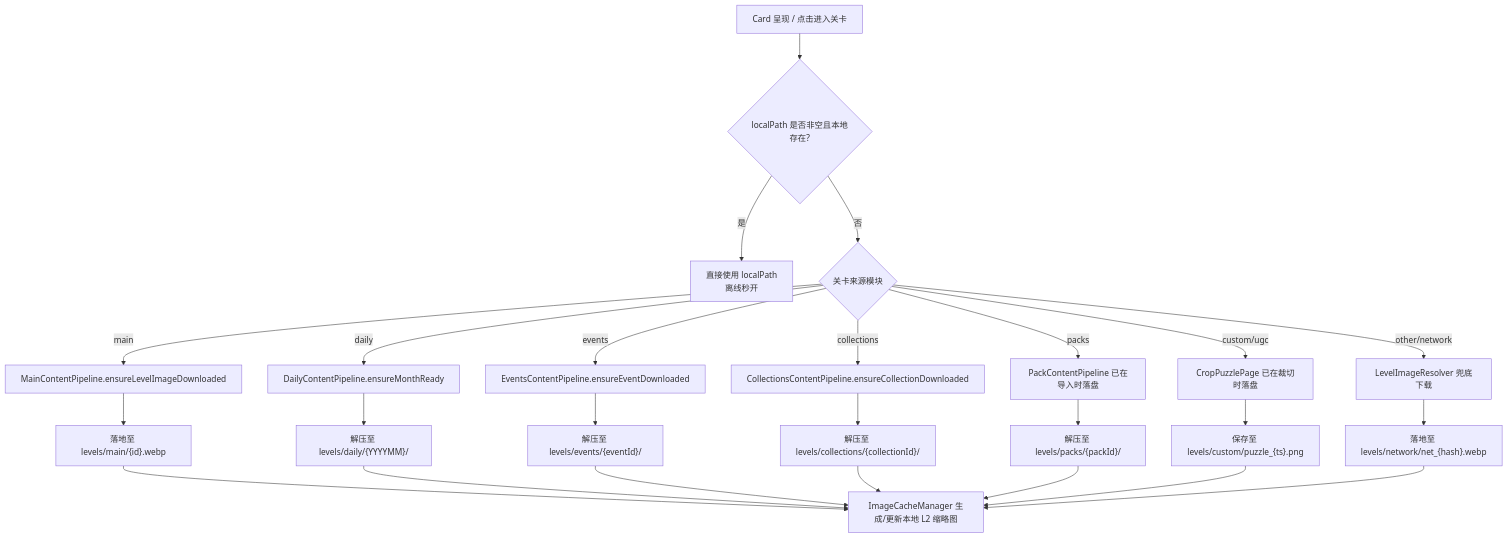
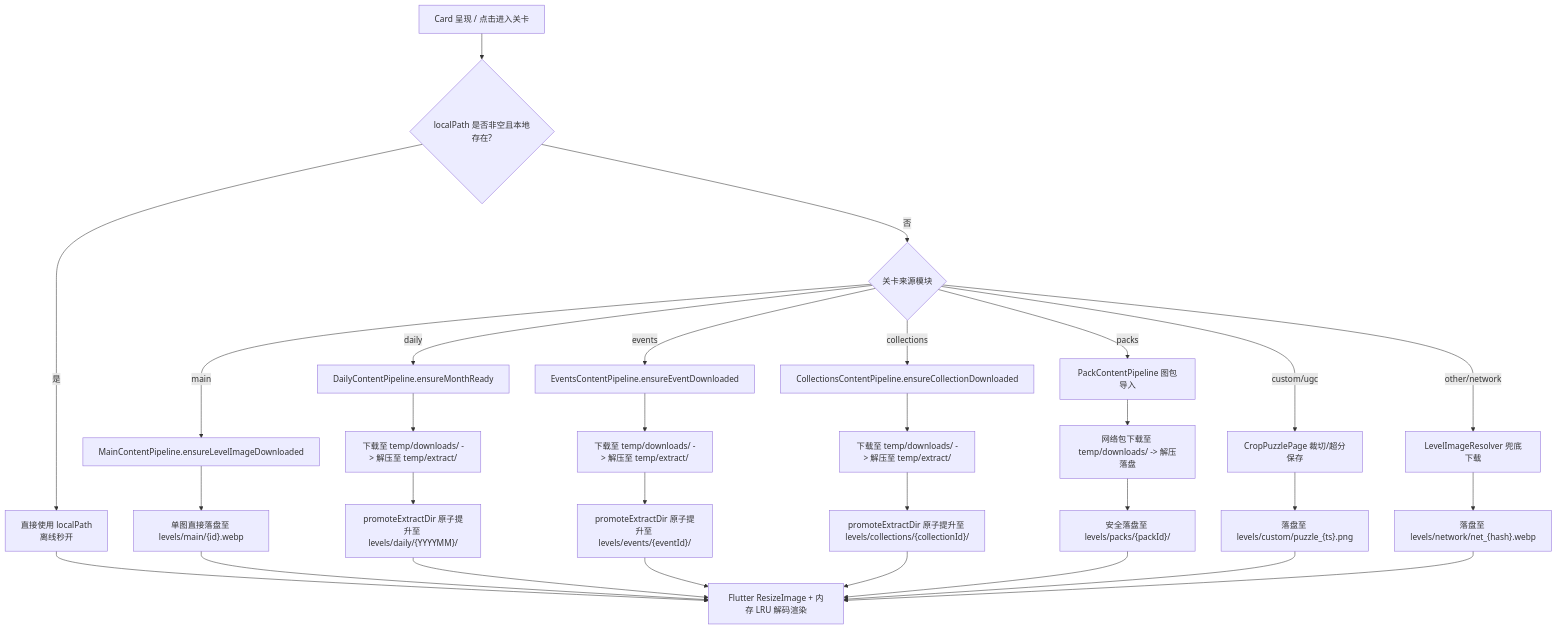
One commit to mcxiaoke/jigsaw-fox changed the diagram in docs/app-storage-directory-architecture-20260911.md. Above: the diagram before and after it, drawn with Mermaid. The commit also changed other lines of this file and 9 other files, not shown here.

First line of the commit message:
feat(storage): isolate download and extract temp files with atomic promotion and cold startup GC

````diff
--- a/docs/app-storage-directory-architecture-20260911.md
+++ b/docs/app-storage-directory-architecture-20260911.md
@@ -173,35 +192,40 @@
 ```mermaid
 flowchart TD
-    Start[Card 呈现 / 点击进入关卡] --> CheckLocal{localPath 是否非空且本地存在?}
-    CheckLocal -- 是 --> HitLocal[直接使用 localPath<br/>离线秒开]
-    CheckLocal -- 否 --> CheckModule{关卡来源模块}
+    Start["Card 呈现 / 点击进入关卡"] --> CheckLocal{"localPath 是否非空且本地存在?"}
+    CheckLocal -- 是 --> HitLocal["直接使用 localPath<br/>离线秒开"]
+    CheckLocal -- 否 --> CheckModule{"关卡来源模块"}
     
-    CheckModule -- main --> MainPipe[MainContentPipeline.ensureLevelImageDownloaded]
-    MainPipe --> SaveMain["落地至 levels/main/{id}.webp"]
+    CheckModule -- main --> MainPipe["MainContentPipeline.ensureLevelImageDownloaded"]
+    MainPipe --> SaveMain["单图直接落盘至 levels/main/{id}.webp"]
     
-    CheckModule -- daily --> DailyPipe[DailyContentPipeline.ensureMonthReady]
-    DailyPipe --> SaveDaily["解压至 levels/daily/{YYYYMM}/"]
+    CheckModule -- daily --> DailyPipe["DailyContentPipeline.ensureMonthReady"]
+    DailyPipe --> TempDaily["下载至 temp/downloads/ -> 解压至 temp/extract/"]
+    TempDaily --> PromoteDaily["promoteExtractDir 原子提升至 levels/daily/{YYYYMM}/"]
     
-    CheckModule -- events --> EventsPipe[EventsContentPipeline.ensureEventDownloaded]
-    EventsPipe --> SaveEvents["解压至 levels/events/{eventId}/"]
+    CheckModule -- events --> EventsPipe["EventsContentPipeline.ensureEventDownloaded"]
+    EventsPipe --> TempEvents["下载至 temp/downloads/ -> 解压至 temp/extract/"]
+    TempEvents --> PromoteEvents["promoteExtractDir 原子提升至 levels/events/{eventId}/"]
     
-    CheckModule -- collections --> ColPipe[CollectionsContentPipeline.ensureCollectionDownloaded]
-    ColPipe --> SaveCol["解压至 levels/collections/{collectionId}/"]
+    CheckModule -- collections --> ColPipe["CollectionsContentPipeline.ensureCollectionDownloaded"]
+    ColPipe --> TempCol["下载至 temp/downloads/ -> 解压至 temp/extract/"]
+    TempCol --> PromoteCol["promoteExtractDir 原子提升至 levels/collections/{collectionId}/"]
     
-    CheckModule -- packs --> PackPipe[PackContentPipeline 已在导入时落盘]
-    PackPipe --> SavePacks["解压至 levels/packs/{packId}/"]
+    CheckModule -- packs --> PackPipe["PackContentPipeline 图包导入"]
+    PackPipe --> TempPack["网络包下载至 temp/downloads/ -> 解压落盘"]
+    TempPack --> SavePacks["安全落盘至 levels/packs/{packId}/"]
     
-    CheckModule -- custom/ugc --> CustomPipe[CropPuzzlePage 已在裁切时落盘]
-    CustomPipe --> SaveCustom["保存至 levels/custom/puzzle_{ts}.png"]
+    CheckModule -- custom/ugc --> CustomPipe["CropPuzzlePage 裁切/超分保存"]
+    CustomPipe --> SaveCustom["落盘至 levels/custom/puzzle_{ts}.png"]
     
-    CheckModule -- other/network --> Fallback[LevelImageResolver 兜底下载]
-    Fallback --> SaveNetwork["落地至 levels/network/net_{hash}.webp"]
+    CheckModule -- other/network --> Fallback["LevelImageResolver 兜底下载"]
+    Fallback --> SaveNetwork["落盘至 levels/network/net_{hash}.webp"]
     
-    SaveMain --> GenThumb[ImageCacheManager 生成/更新本地 L2 缩略图]
-    SaveDaily --> GenThumb
-    SaveEvents --> GenThumb
-    SaveCol --> GenThumb
-    SavePacks --> GenThumb
-    SaveCustom --> GenThumb
-    SaveNetwork --> GenThumb
+    HitLocal --> Render["Flutter ResizeImage + 内存 LRU 解码渲染"]
+    SaveMain --> Render
+    PromoteDaily --> Render
+    PromoteEvents --> Render
+    PromoteCol --> Render
+    SavePacks --> Render
+    SaveCustom --> Render
+    SaveNetwork --> Render
 ```
````
